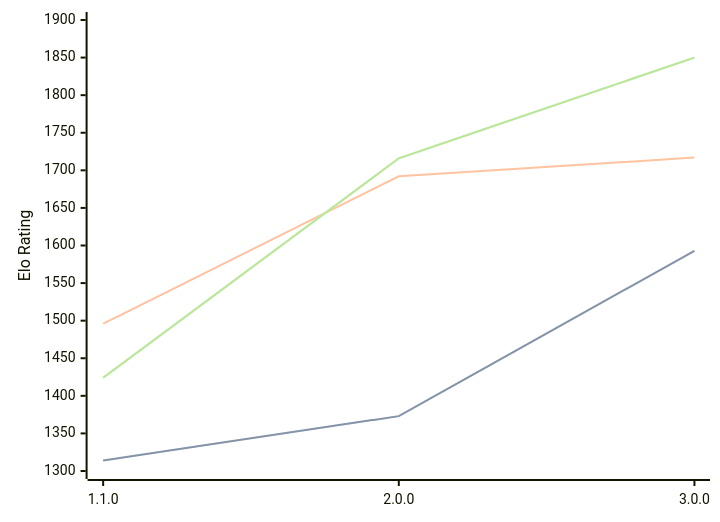
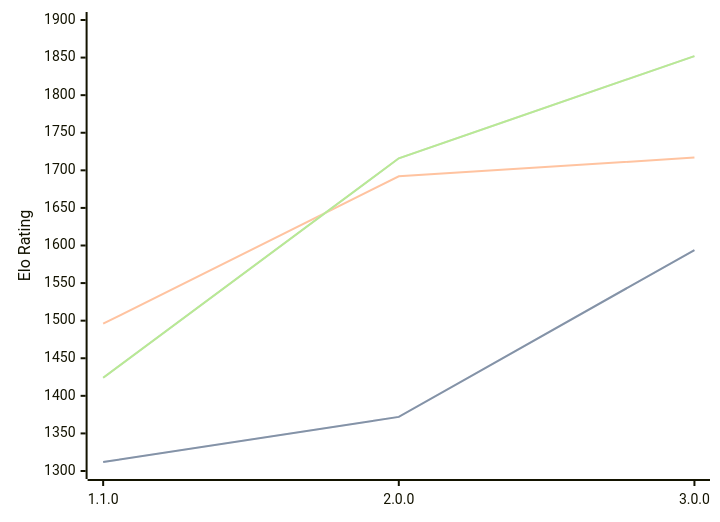
One commit to computer-chess-index/cci changed the diagram in engines/Laura.md. Above: the diagram before and after it, drawn with Mermaid. The commit also changed other lines of this file, not shown here.

Commit message:
Update CCI Ratings (ELO VLTC) - 2026-05-05

````diff
--- a/engines/Laura.md
+++ b/engines/Laura.md
@@ -34,11 +34,11 @@
 ```mermaid
 %%{init: {"theme":"base","themeVariables":{"seriesColors:['#a3a3a3','#222221','#faa371']}}}%%
 xychart-beta
   x-axis ["1.1.0", "2.0.0", "3.0.0"]
   y-axis "Elo Rating" 1300 --> 1900
-  line "STC (8.0+0.08s)" [1314, 1373, 1593]
-  line "STC (8.0+0.08s)" [1314, 1373, 1593]
+  line "STC (8.0+0.08s)" [1312, 1372, 1594]
+  line "STC (8.0+0.08s)" [1312, 1372, 1594]
   line "LTC (60.0+0.60s)" [1496, 1692, 1717]
-  line "VLTC (2m24s+1.12s)" [1424, 1716, 1850]
-  line "VLTC (2m24s+1.12s)" [1424, 1716, 1850]
+  line "VLTC (2m24s+1.12s)" [1424, 1716, 1852]
+  line "VLTC (2m24s+1.12s)" [1424, 1716, 1852]
 ```
````
